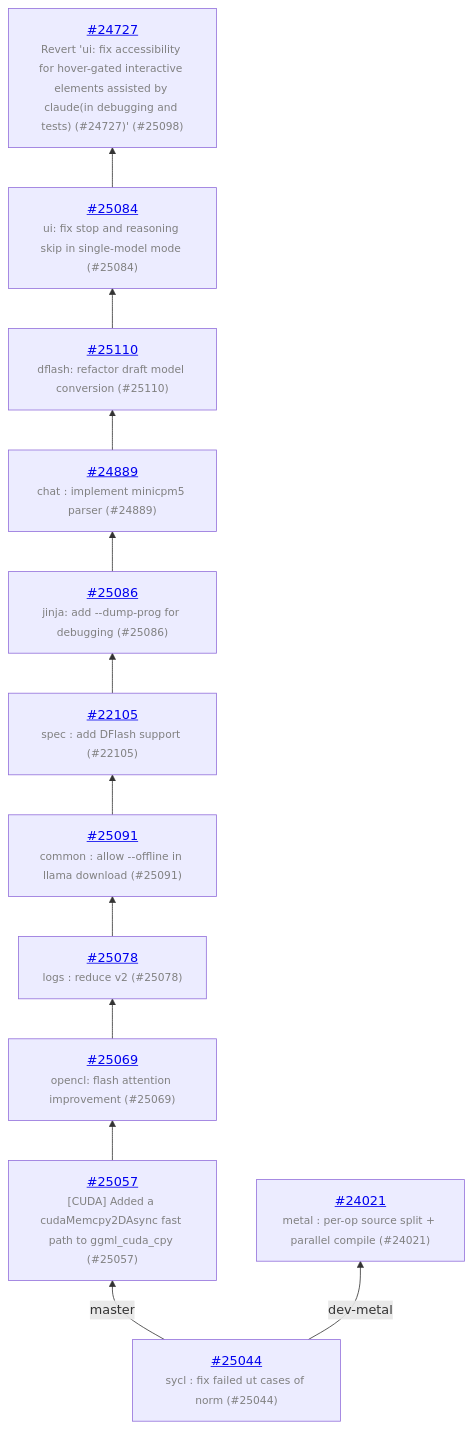
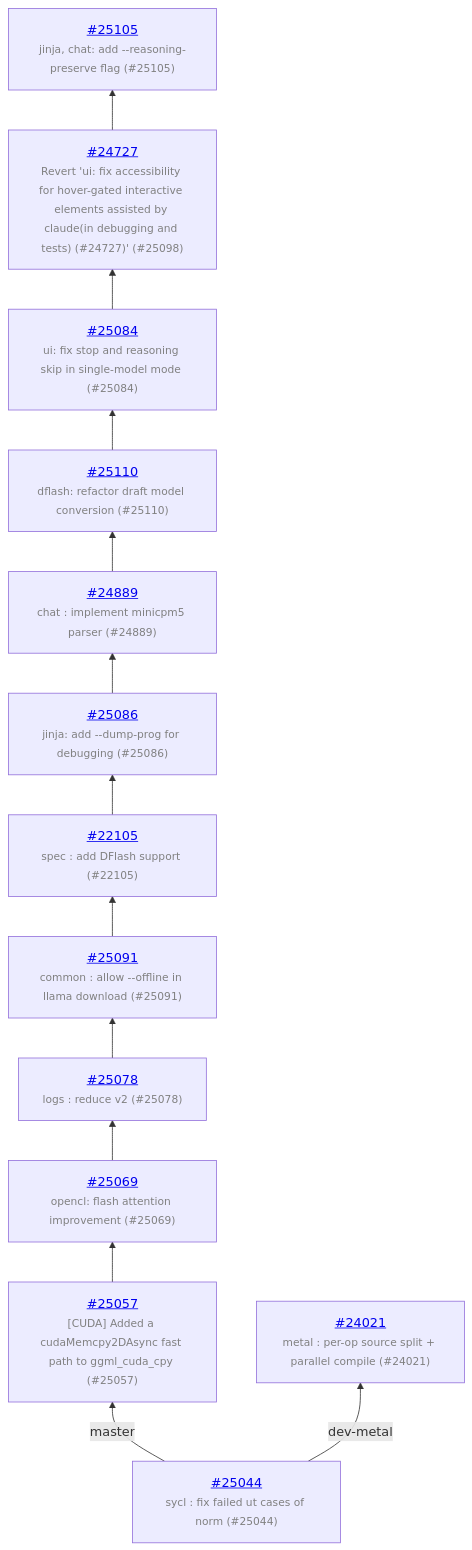
Before and after one commit to ggml-org/llama.cpp-dev: the diagram in README.md, drawn with Mermaid. The commit also changed other lines of this file and 1 other file, not shown here.

Commit message:
auto: update

````diff
--- a/README.md
+++ b/README.md
@@ -13,26 +13,28 @@
 ```mermaid
 graph BT
     COMMON["<a href='https://github.com/ggml-org/llama.cpp/pull/25044'>#25044</a><br/><span style='font-size:smaller;color:gray'>sycl : fix failed ut cases of norm (#25044)</span>"]
     COMMON -->|master| C_0ed235e
     C_0ed235e["<a href='https://github.com/ggml-org/llama.cpp/pull/25057'>#25057</a><br/><span style='font-size:smaller;color:gray'>[CUDA] Added a cudaMemcpy2DAsync fast path to ggml_cuda_cpy (#25057)</span>"]
     C_0ed235e --> C_ebd048f
     C_ebd048f["<a href='https://github.com/ggml-org/llama.cpp/pull/25069'>#25069</a><br/><span style='font-size:smaller;color:gray'>opencl: flash attention improvement (#25069)</span>"]
     C_ebd048f --> C_27c8bb4
     C_27c8bb4["<a href='https://github.com/ggml-org/llama.cpp/pull/25078'>#25078</a><br/><span style='font-size:smaller;color:gray'>logs : reduce v2 (#25078)</span>"]
     C_27c8bb4 --> C_c1a1c8e
     C_c1a1c8e["<a href='https://github.com/ggml-org/llama.cpp/pull/25091'>#25091</a><br/><span style='font-size:smaller;color:gray'>common : allow --offline in llama download (#25091)</span>"]
     C_c1a1c8e --> C_d1b3425
     C_d1b3425["<a href='https://github.com/ggml-org/llama.cpp/pull/22105'>#22105</a><br/><span style='font-size:smaller;color:gray'>spec : add DFlash support (#22105)</span>"]
     C_d1b3425 --> C_f68a788
     C_f68a788["<a href='https://github.com/ggml-org/llama.cpp/pull/25086'>#25086</a><br/><span style='font-size:smaller;color:gray'>jinja: add --dump-prog for debugging (#25086)</span>"]
     C_f68a788 --> C_c818263
     C_c818263["<a href='https://github.com/ggml-org/llama.cpp/pull/24889'>#24889</a><br/><span style='font-size:smaller;color:gray'>chat : implement minicpm5 parser (#24889)</span>"]
     C_c818263 --> C_fa72bc6
     C_fa72bc6["<a href='https://github.com/ggml-org/llama.cpp/pull/25110'>#25110</a><br/><span style='font-size:smaller;color:gray'>dflash: refactor draft model conversion (#25110)</span>"]
     C_fa72bc6 --> C_7cb8576
     C_7cb8576["<a href='https://github.com/ggml-org/llama.cpp/pull/25084'>#25084</a><br/><span style='font-size:smaller;color:gray'>ui: fix stop and reasoning skip in single-model mode (#25084)</span>"]
     C_7cb8576 --> C_dbdaece
     C_dbdaece["<a href='https://github.com/ggml-org/llama.cpp/pull/24727'>#24727</a><br/><span style='font-size:smaller;color:gray'>Revert 'ui: fix accessibility for hover-gated interactive elements assisted by claude(in debugging and tests) (#24727)' (#25098)</span>"]
+    C_dbdaece --> C_b3fed31
+    C_b3fed31["<a href='https://github.com/ggml-org/llama.cpp/pull/25105'>#25105</a><br/><span style='font-size:smaller;color:gray'>jinja, chat: add --reasoning-preserve flag (#25105)</span>"]
     COMMON -->|dev-metal| C_f7c1df6
     C_f7c1df6["<a href='https://github.com/ggml-org/llama.cpp/pull/24021'>#24021</a><br/><span style='font-size:smaller;color:gray'>metal : per-op source split + parallel compile (#24021)</span>"]
 ```
````
